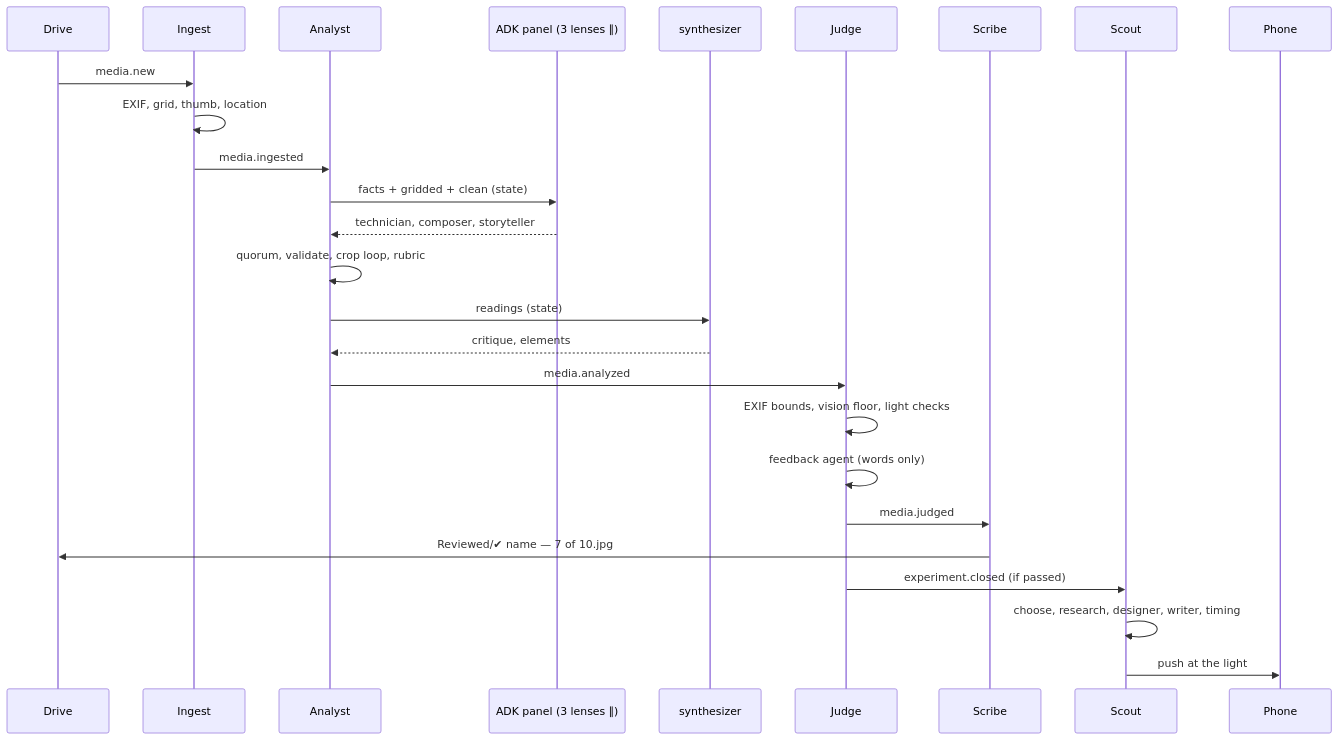
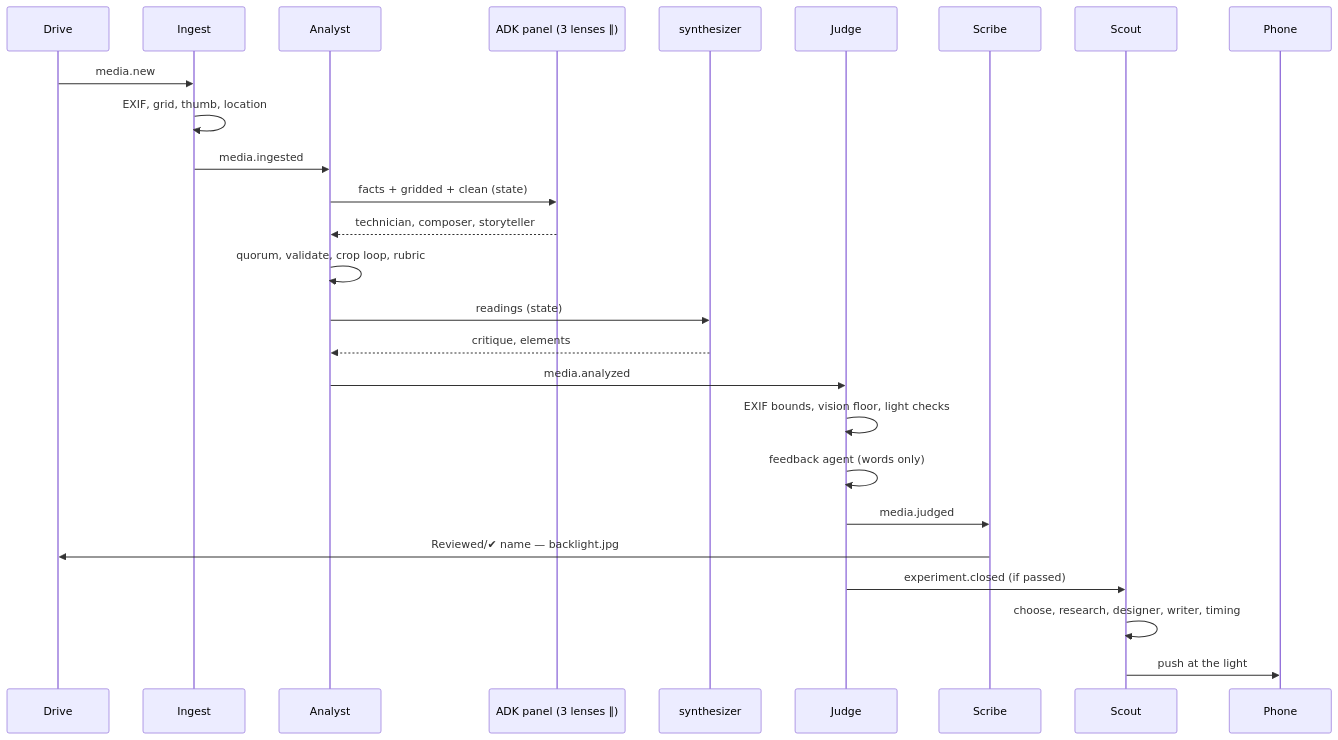
The second of 2 diagrams in docs/agents.md (fikri2992/shoots), drawn with Mermaid before and after one commit. The commit also changed other lines of this file and 7 other files, not shown here.

````diff
--- a/docs/agents.md
+++ b/docs/agents.md
@@ -203,28 +208,28 @@
 ```mermaid
 sequenceDiagram
   participant Drive
   participant Ingest
   participant Analyst
   participant Panel as ADK panel (3 lenses ∥)
   participant Synth as synthesizer
   participant Judge
   participant Scribe
   participant Scout
   participant Phone
   Drive->>Ingest: media.new
   Ingest->>Ingest: EXIF, grid, thumb, location
   Ingest->>Analyst: media.ingested
   Analyst->>Panel: facts + gridded + clean (state)
   Panel-->>Analyst: technician, composer, storyteller
   Analyst->>Analyst: quorum, validate, crop loop, rubric
   Analyst->>Synth: readings (state)
   Synth-->>Analyst: critique, elements
   Analyst->>Judge: media.analyzed
   Judge->>Judge: EXIF bounds, vision floor, light checks
   Judge->>Judge: feedback agent (words only)
   Judge->>Scribe: media.judged
-  Scribe->>Drive: Reviewed/✔ name — 7 of 10.jpg
+  Scribe->>Drive: Reviewed/✔ name — backlight.jpg
   Judge->>Scout: experiment.closed (if passed)
   Scout->>Scout: choose, research, designer, writer, timing
   Scout->>Phone: push at the light
 ```
````
